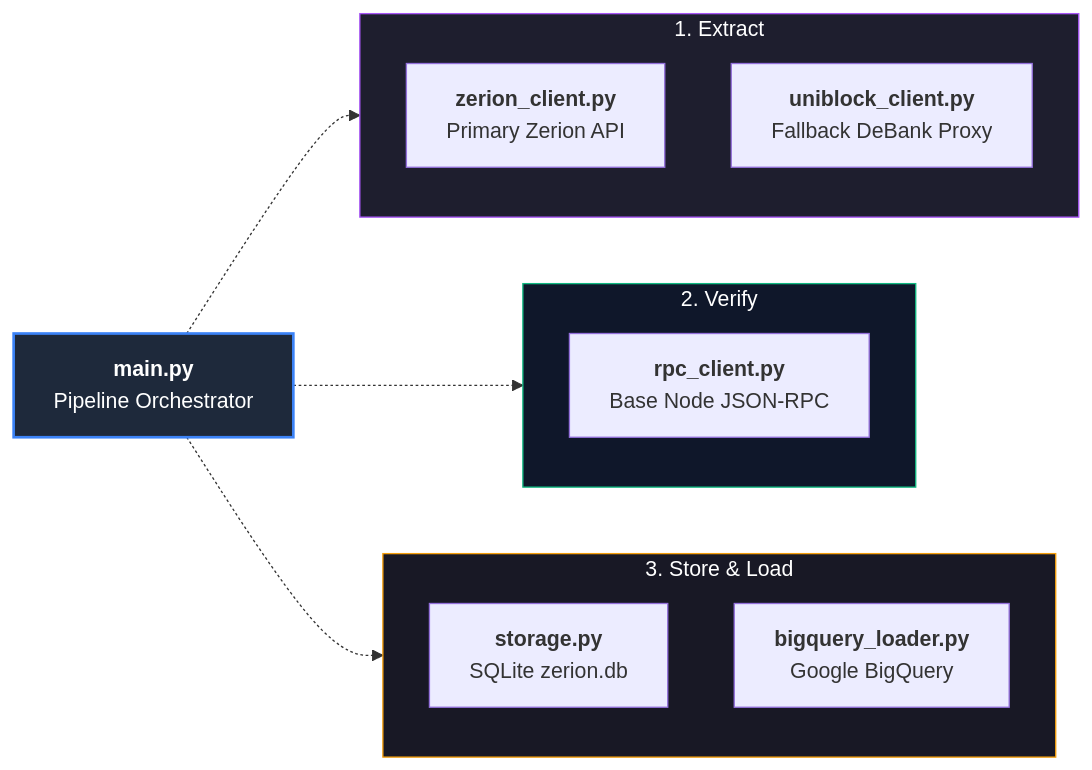
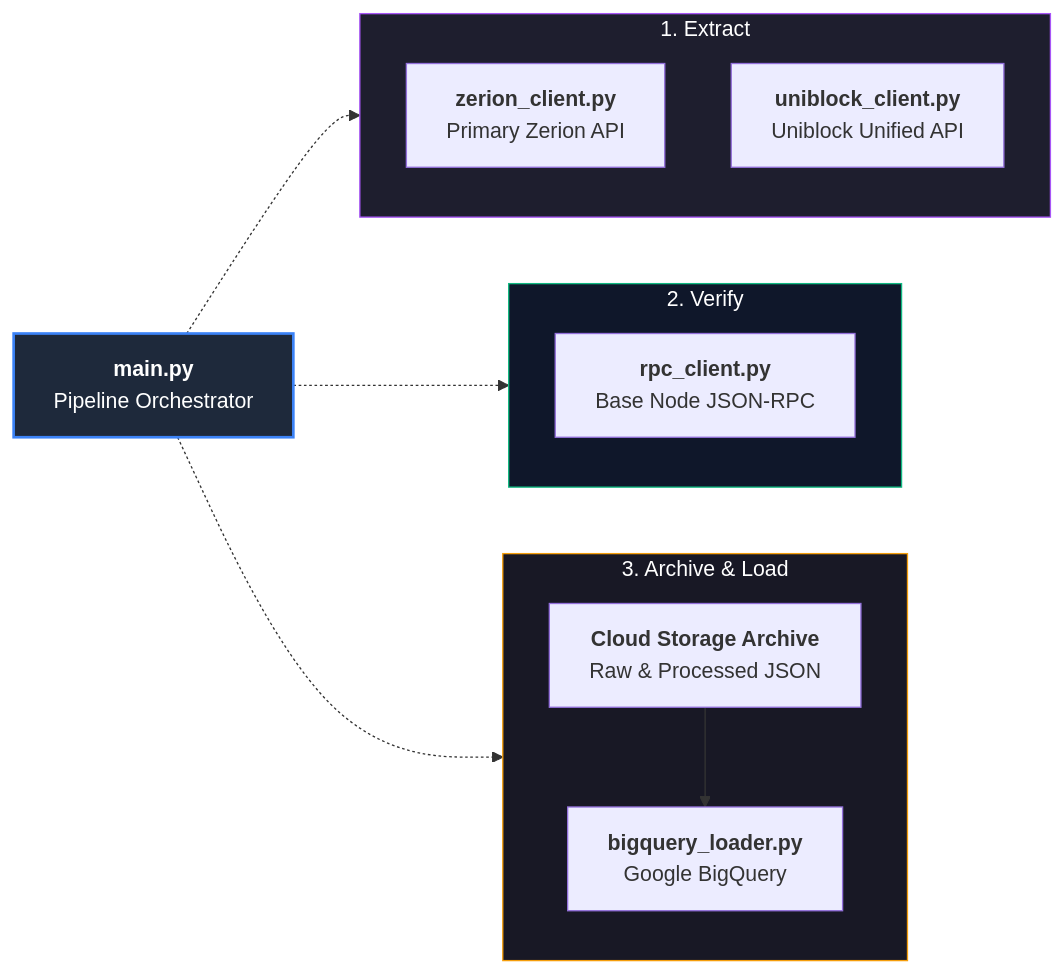
Before and after one commit to abdelhaqs/agent-accounting: the diagram in docs/etl/README.md, drawn with Mermaid. The commit also changed other lines of this file and 8 other files, not shown here.

Commit message:
Clarify Uniblock Unified API abstraction and separate local testing/SQLite from production diagrams

````diff
--- a/docs/etl/README.md
+++ b/docs/etl/README.md
@@ -9,25 +9,26 @@
 ```mermaid
 flowchart LR
     subgraph Extract["1. Extract"]
         ZC["<b>zerion_client.py</b><br/>Primary Zerion API"]
-        UC["<b>uniblock_client.py</b><br/>Fallback DeBank Proxy"]
+        UC["<b>uniblock_client.py</b><br/>Uniblock Unified API"]
     end
 
     subgraph Verify["2. Verify"]
         RPC["<b>rpc_client.py</b><br/>Base Node JSON-RPC"]
     end
 
-    subgraph TransformLoad["3. Store & Load"]
-        ST["<b>storage.py</b><br/>SQLite zerion.db"]
+    subgraph TransformLoad["3. Archive & Load"]
+        ARC["<b>Cloud Storage Archive</b><br/>Raw & Processed JSON"]
         BQ["<b>bigquery_loader.py</b><br/>Google BigQuery"]
+        ARC --> BQ
     end
 
     Orchestrator["<b>main.py</b><br/>Pipeline Orchestrator"] -.-> Extract
     Orchestrator -.-> Verify
     Orchestrator -.-> TransformLoad
 
     style Orchestrator fill:#1e293b,stroke:#3b82f6,stroke-width:2px,color:#fff
     style Extract fill:#1e1e2e,stroke:#a855f7,stroke-width:1px,color:#fff
     style Verify fill:#0f172a,stroke:#10b981,stroke-width:1px,color:#fff
     style TransformLoad fill:#181825,stroke:#f59e0b,stroke-width:1px,color:#fff
 ```
````
